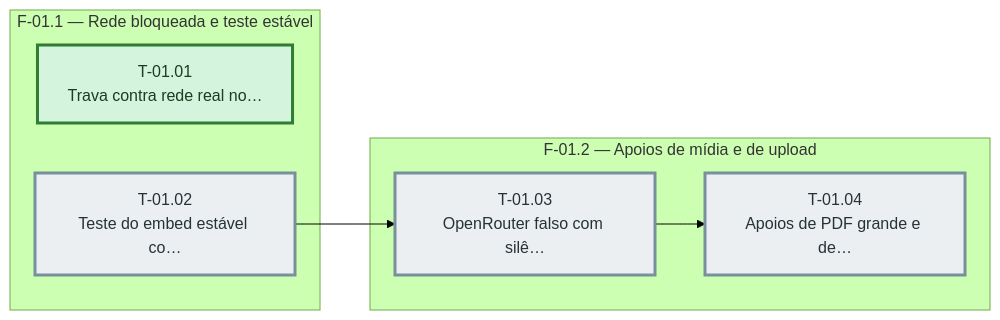
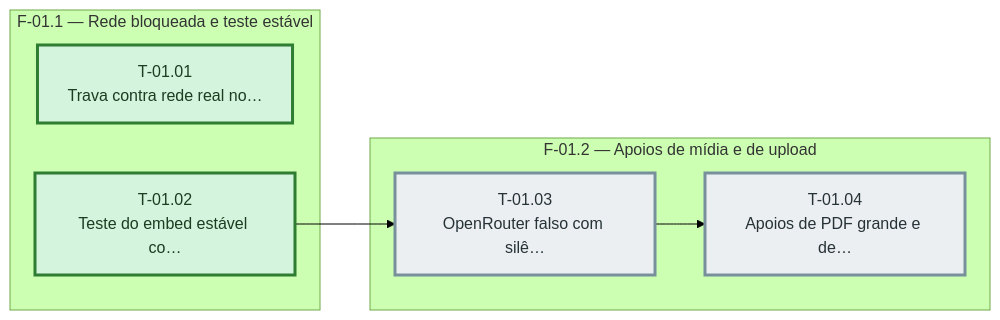
One commit to bittencourtthulio/converse-chatbot changed the diagram in docs/robustez-de-midia-e-operacao/sprint-01/fases.md. Above: the diagram before and after it, drawn with Mermaid (forest theme). The commit also changed 4 other files, not shown here.

````diff
--- a/docs/robustez-de-midia-e-operacao/sprint-01/fases.md
+++ b/docs/robustez-de-midia-e-operacao/sprint-01/fases.md
@@ -31,24 +31,25 @@
 ```mermaid
 %% Grafo de tasks — sprint-01 — gerado pela sprintx a partir de tasks.md
 flowchart LR
   subgraph fase_01_1["F-01.1 — Rede bloqueada e teste estável"]
     T_01_01["T-01.01<br/>Trava contra rede real no…"]
     T_01_02["T-01.02<br/>Teste do embed estável co…"]
   end
   subgraph fase_01_2["F-01.2 — Apoios de mídia e de upload"]
     T_01_03["T-01.03<br/>OpenRouter falso com silê…"]
     T_01_04["T-01.04<br/>Apoios de PDF grande e de…"]
   end
   T_01_02 --> T_01_03
   T_01_03 --> T_01_04
 
   classDef concluida fill:#d4f4dd,stroke:#2e7d32,color:#1b3d20
   classDef andamento fill:#fff3cd,stroke:#b8860b,color:#4a3800
   classDef bloqueada fill:#f8d7da,stroke:#c62828,color:#4a1d1f
   classDef pendente  fill:#eceff1,stroke:#78909c,color:#263238
   classDef critico   stroke-width:3px
 
-  class T_01_02,T_01_03,T_01_04 pendente
+  class T_01_03,T_01_04 pendente
   class T_01_01 concluida
+  class T_01_02 concluida
   class T_01_01,T_01_02,T_01_03,T_01_04 critico
 ```
````
